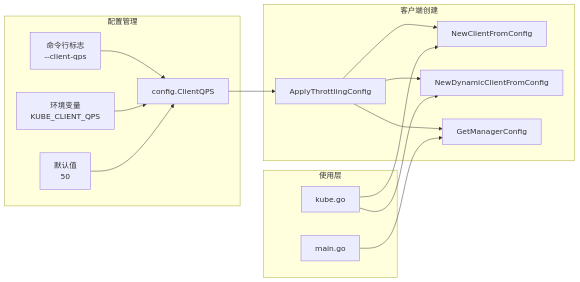
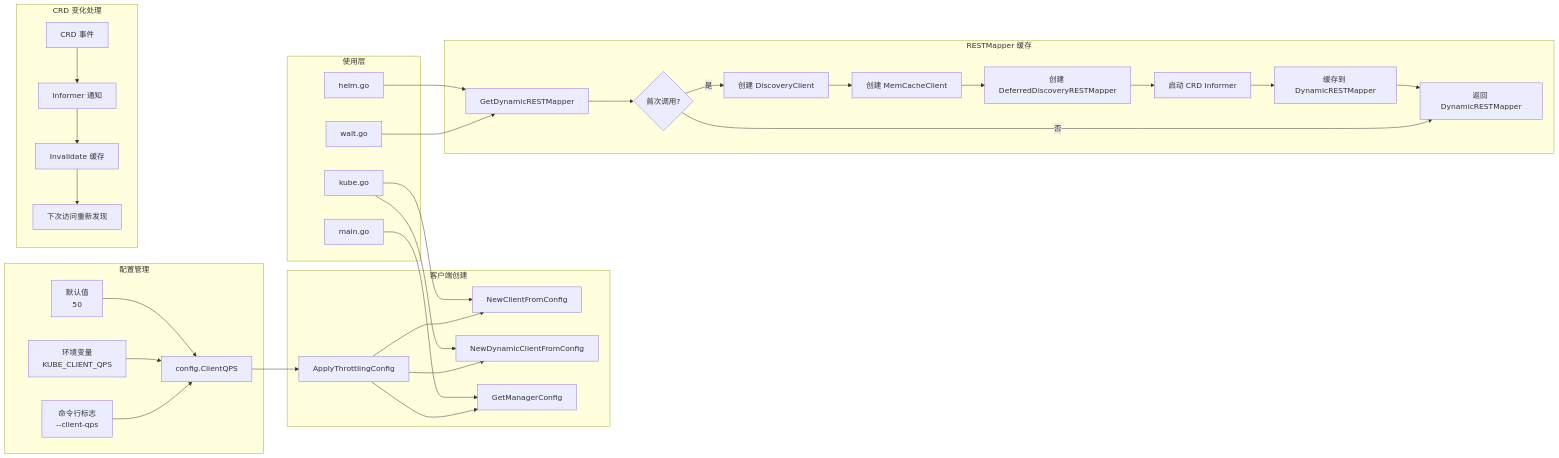
The third of 7 diagrams in code/performance/report/api-throttling-optimization.md (javadoors/cluster-api-provider-bke), drawn with Mermaid before and after one commit. The commit also changed other lines of this file, not shown here.

````diff
--- a/code/performance/report/api-throttling-optimization.md
+++ b/code/performance/report/api-throttling-optimization.md
@@ -374,21 +631,40 @@
 ```mermaid
 graph LR
     subgraph "配置管理"
         A[命令行标志<br/>--client-qps] --> C[config.ClientQPS]
         B[环境变量<br/>KUBE_CLIENT_QPS] --> C
         D[默认值<br/>50] --> C
     end
     
     subgraph "客户端创建"
         C --> E[ApplyThrottlingConfig]
         E --> F[NewClientFromConfig]
         E --> G[NewDynamicClientFromConfig]
         E --> H[GetManagerConfig]
     end
     
+    subgraph "RESTMapper 缓存"
+        I[GetDynamicRESTMapper] --> J{首次调用?}
+        J -->|是| K[创建 DiscoveryClient]
+        K --> L[创建 MemCacheClient]
+        L --> M[创建 DeferredDiscoveryRESTMapper]
+        M --> N[启动 CRD Informer]
+        N --> O[缓存到 DynamicRESTMapper]
+        J -->|否| P[返回 DynamicRESTMapper]
+        O --> P
+    end
+    
     subgraph "使用层"
-        P[kube.go] --> F
-        P --> G
-        Q[main.go] --> H
+        Q[kube.go] --> F
+        Q --> G
+        R[main.go] --> H
+        S[wait.go] --> I
+        T[helm.go] --> I
+    end
+    
+    subgraph "CRD 变化处理"
+        U[CRD 事件] --> V[Informer 通知]
+        V --> W[Invalidate 缓存]
+        W --> X[下次访问重新发现]
     end
 ```
````
